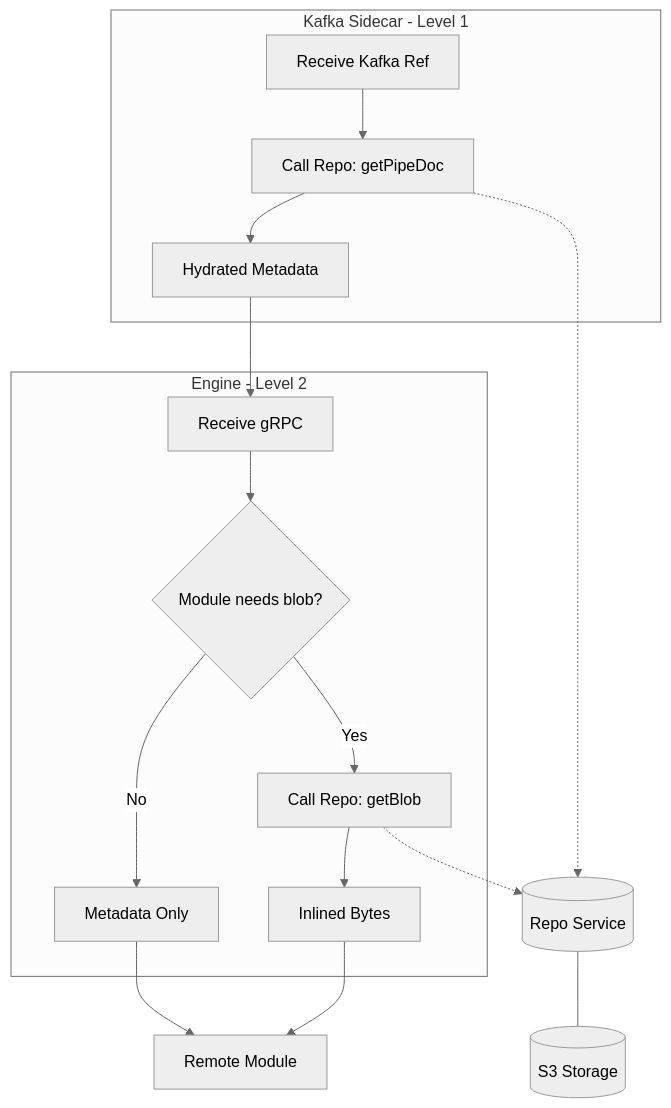
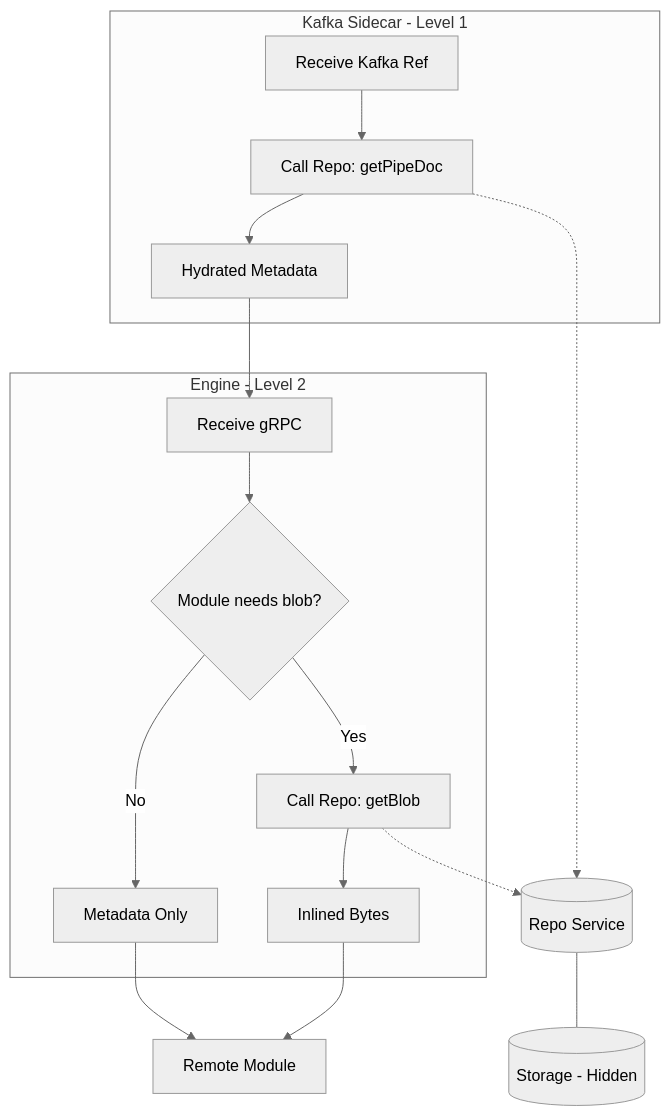
Before and after one commit to ai-pipestream/pipestream-engine: the second of 4 diagrams in docs/architecture/05-hydration-model.md, drawn with Mermaid (neutral theme). The commit also changed other lines of this file, not shown here.

Commit message:
docs: Remove S3 details from engine docs - storage abstracted by Repo Service

````diff
--- a/docs/architecture/05-hydration-model.md
+++ b/docs/architecture/05-hydration-model.md
@@ -103,25 +127,25 @@
 ```mermaid
 graph TD
     subgraph KafkaPath [Kafka Sidecar - Level 1]
         KS1[Receive Kafka Ref] --> KS2[Call Repo: getPipeDoc]
         KS2 --> KS3[Hydrated Metadata]
     end
     
     subgraph EnginePath [Engine - Level 2]
         KS3 --> E1[Receive gRPC]
         E1 --> E2{Module needs blob?}
         E2 -- Yes --> E3[Call Repo: getBlob]
         E3 --> E4[Inlined Bytes]
         E2 -- No --> E5[Metadata Only]
     end
     
     E4 --> Module[Remote Module]
     E5 --> Module
     
     Repo[(Repo Service)]
-    S3[(S3 Storage)]
+    Storage[(Storage - Hidden)]
     
     KS2 -.-> Repo
     E3 -.-> Repo
-    Repo --- S3
+    Repo --- Storage
 ```
````
